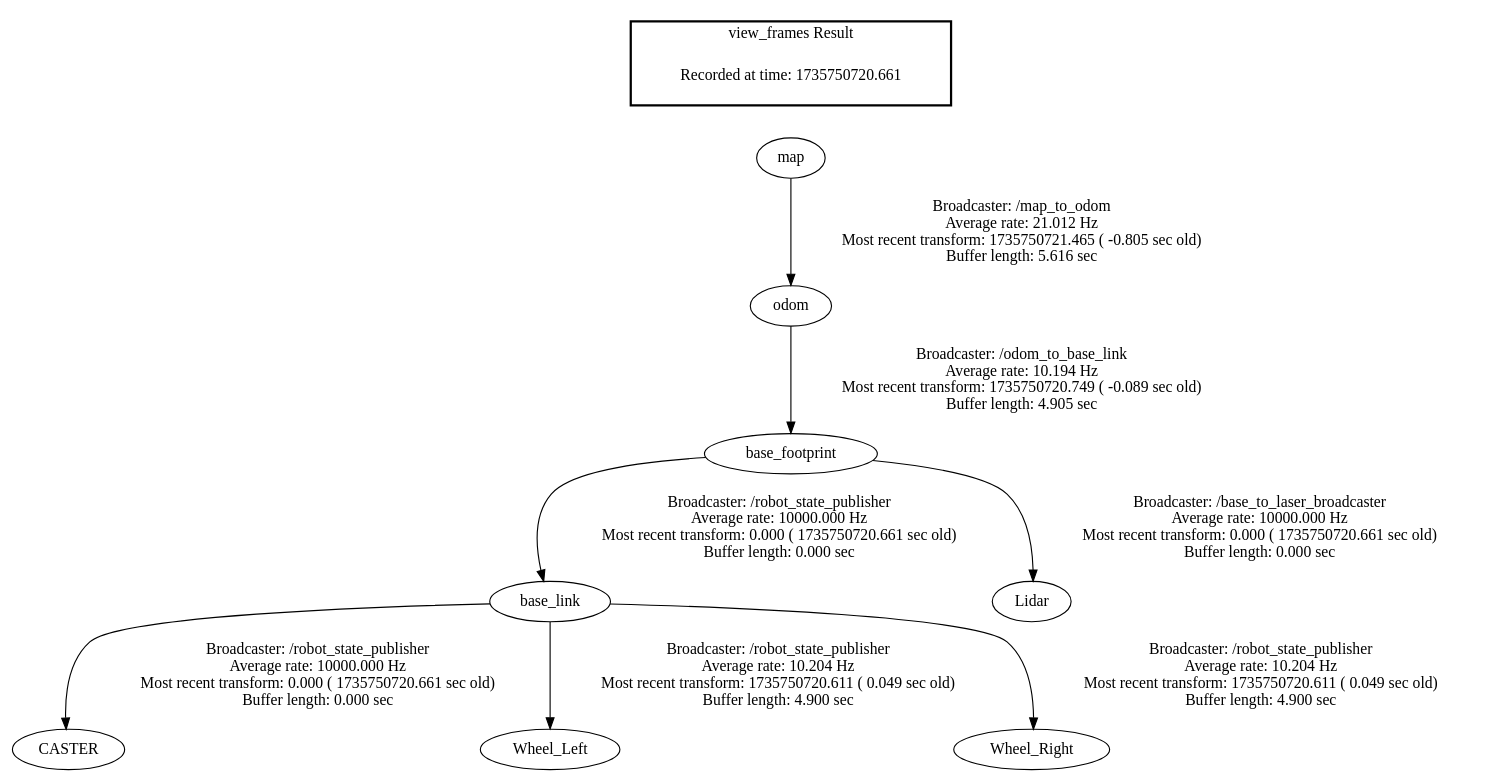
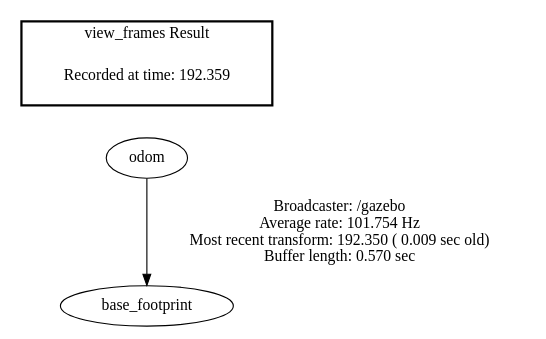
Before and after one commit to dothaiduongg/Final_project_robotic: the diagram in frames.gv, drawn with Graphviz. The commit also changed 3105 other files, not shown here.

```diff
--- a/frames.gv
+++ b/frames.gv
@@ -1,13 +1,7 @@
 digraph G {
-"base_link" -> "CASTER"[label="Broadcaster: /robot_state_publisher\nAverage rate: 10000.000 Hz\nMost recent transform: 0.000 ( 1735750720.661 sec old)\nBuffer length: 0.000 sec\n"];
-"base_footprint" -> "base_link"[label="Broadcaster: /robot_state_publisher\nAverage rate: 10000.000 Hz\nMost recent transform: 0.000 ( 1735750720.661 sec old)\nBuffer length: 0.000 sec\n"];
-"base_footprint" -> "Lidar"[label="Broadcaster: /base_to_laser_broadcaster\nAverage rate: 10000.000 Hz\nMost recent transform: 0.000 ( 1735750720.661 sec old)\nBuffer length: 0.000 sec\n"];
-"odom" -> "base_footprint"[label="Broadcaster: /odom_to_base_link\nAverage rate: 10.194 Hz\nMost recent transform: 1735750720.749 ( -0.089 sec old)\nBuffer length: 4.905 sec\n"];
-"map" -> "odom"[label="Broadcaster: /map_to_odom\nAverage rate: 21.012 Hz\nMost recent transform: 1735750721.465 ( -0.805 sec old)\nBuffer length: 5.616 sec\n"];
-"base_link" -> "Wheel_Left"[label="Broadcaster: /robot_state_publisher\nAverage rate: 10.204 Hz\nMost recent transform: 1735750720.611 ( 0.049 sec old)\nBuffer length: 4.900 sec\n"];
-"base_link" -> "Wheel_Right"[label="Broadcaster: /robot_state_publisher\nAverage rate: 10.204 Hz\nMost recent transform: 1735750720.611 ( 0.049 sec old)\nBuffer length: 4.900 sec\n"];
+"odom" -> "base_footprint"[label="Broadcaster: /gazebo\nAverage rate: 101.754 Hz\nMost recent transform: 192.350 ( 0.009 sec old)\nBuffer length: 0.570 sec\n"];
 edge [style=invis];
  subgraph cluster_legend { style=bold; color=black; label ="view_frames Result";
-"Recorded at time: 1735750720.661"[ shape=plaintext ] ;
- }->"map";
+"Recorded at time: 192.359"[ shape=plaintext ] ;
+ }->"odom";
 }
```
